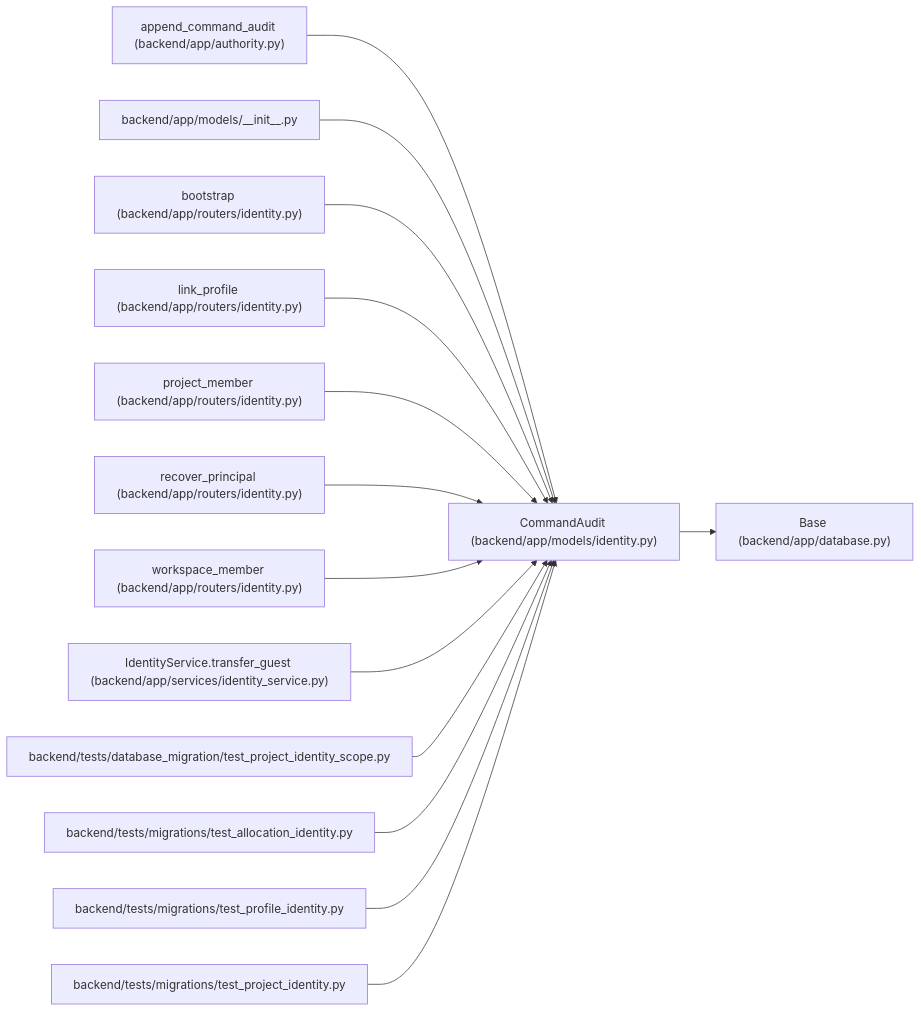
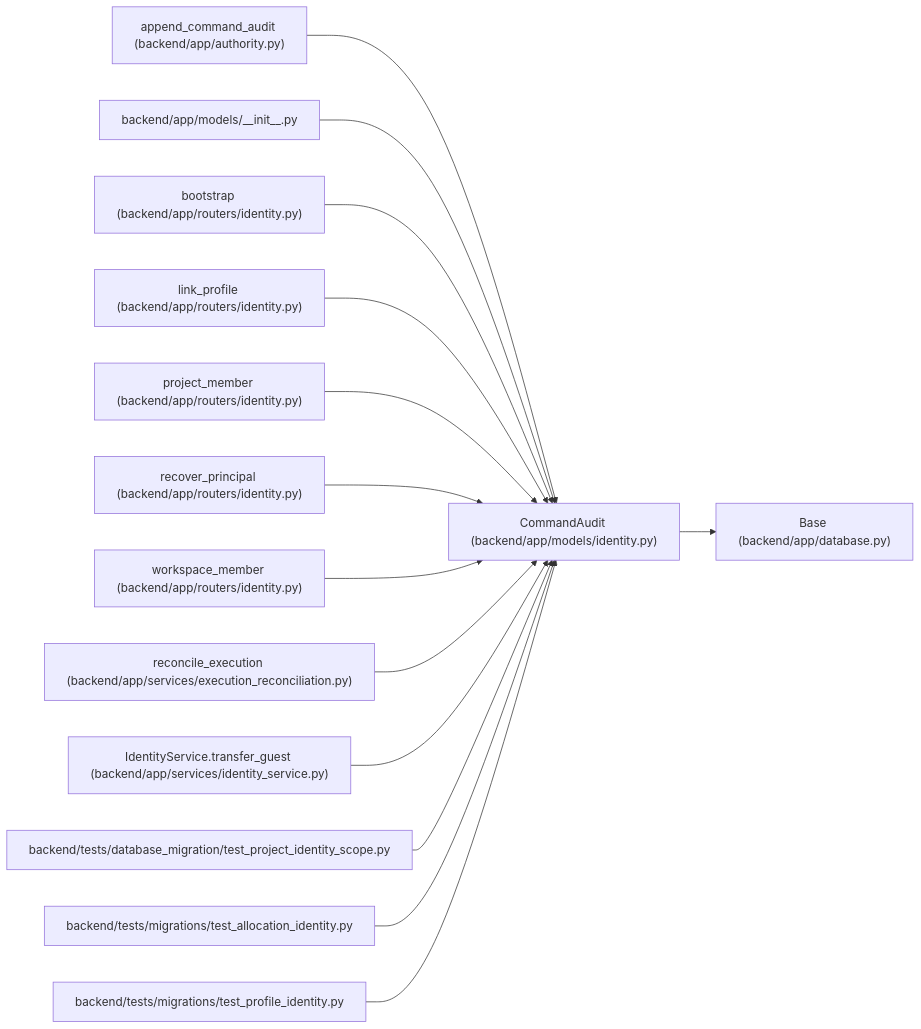
One commit to Denissvgn/WorkChord changed the diagram in docs/llm_wiki/entities/CommandAudit.md. Above: the diagram before and after it, drawn with Mermaid. The commit also changed other lines of this file and 2373 other files, not shown here.

````diff
--- a/docs/llm_wiki/entities/CommandAudit.md
+++ b/docs/llm_wiki/entities/CommandAudit.md
@@ -33,44 +33,44 @@
 ```mermaid
 flowchart LR
     n0["CommandAudit (backend/app/models/identity.py)"]
     n1["Base (backend/app/database.py)"]
     n2["append_command_audit (backend/app/authority.py)"]
     n3["backend/app/models/__init__.py"]
     n4["bootstrap (backend/app/routers/identity.py)"]
     n5["link_profile (backend/app/routers/identity.py)"]
     n6["project_member (backend/app/routers/identity.py)"]
     n7["recover_principal (backend/app/routers/identity.py)"]
     n8["workspace_member (backend/app/routers/identity.py)"]
-    n9["IdentityService.transfer_guest (backend/app/services/identity_service.py)"]
-    n10["backend/tests/database_migration/test_project_identity_scope.py"]
-    n11["backend/tests/migrations/test_allocation_identity.py"]
-    n12["backend/tests/migrations/test_profile_identity.py"]
-    n13["backend/tests/migrations/test_project_identity.py"]
+    n9["reconcile_execution (backend/app/services/execution_reconciliation.py)"]
+    n10["IdentityService.transfer_guest (backend/app/services/identity_service.py)"]
+    n11["backend/tests/database_migration/test_project_identity_scope.py"]
+    n12["backend/tests/migrations/test_allocation_identity.py"]
+    n13["backend/tests/migrations/test_profile_identity.py"]
     n0 --> n1
     n2 --> n0
     n3 --> n0
     n4 --> n0
     n5 --> n0
     n6 --> n0
     n7 --> n0
     n8 --> n0
     n9 --> n0
     n10 --> n0
     n11 --> n0
     n12 --> n0
     n13 --> n0
     click n0 "../modules/models_identity.md"
     click n1 "../modules/app_database.md"
     click n2 "../modules/authority.md"
     click n3 "../modules/models___init__.md"
     click n4 "../modules/routers_identity.md"
     click n5 "../modules/routers_identity.md"
     click n6 "../modules/routers_identity.md"
     click n7 "../modules/routers_identity.md"
     click n8 "../modules/routers_identity.md"
-    click n9 "../modules/identity_service.md"
-    click n10 "../modules/test_project_identity_scope.md"
-    click n11 "../modules/test_allocation_identity.md"
-    click n12 "../modules/test_profile_identity.md"
-    click n13 "../modules/test_project_identity.md"
+    click n9 "../modules/execution_reconciliation.md"
+    click n10 "../modules/identity_service.md"
+    click n11 "../modules/test_project_identity_scope.md"
+    click n12 "../modules/test_allocation_identity.md"
+    click n13 "../modules/test_profile_identity.md"
 ```
````
